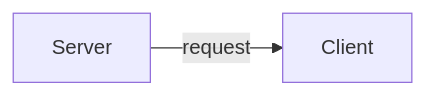
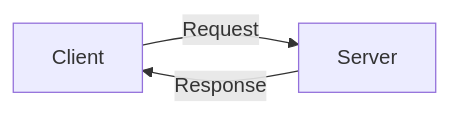
The diagram in InformationTechnology/WebDevelopment/nodejs.md (oreximus/learnings), drawn with Mermaid before and after one commit.

Commit message:
[nb] Edit: InformationTechnology/WebDevelopment/nodejs.md

````diff
--- a/InformationTechnology/WebDevelopment/nodejs.md
+++ b/InformationTechnology/WebDevelopment/nodejs.md
@@ -490,4 +490,5 @@
 ```mermaid
     flowchart LR
-        Server --request--> Client
+        A[Client] -->|Request| B[Server]
+        B -->|Response| A
 ```
````
